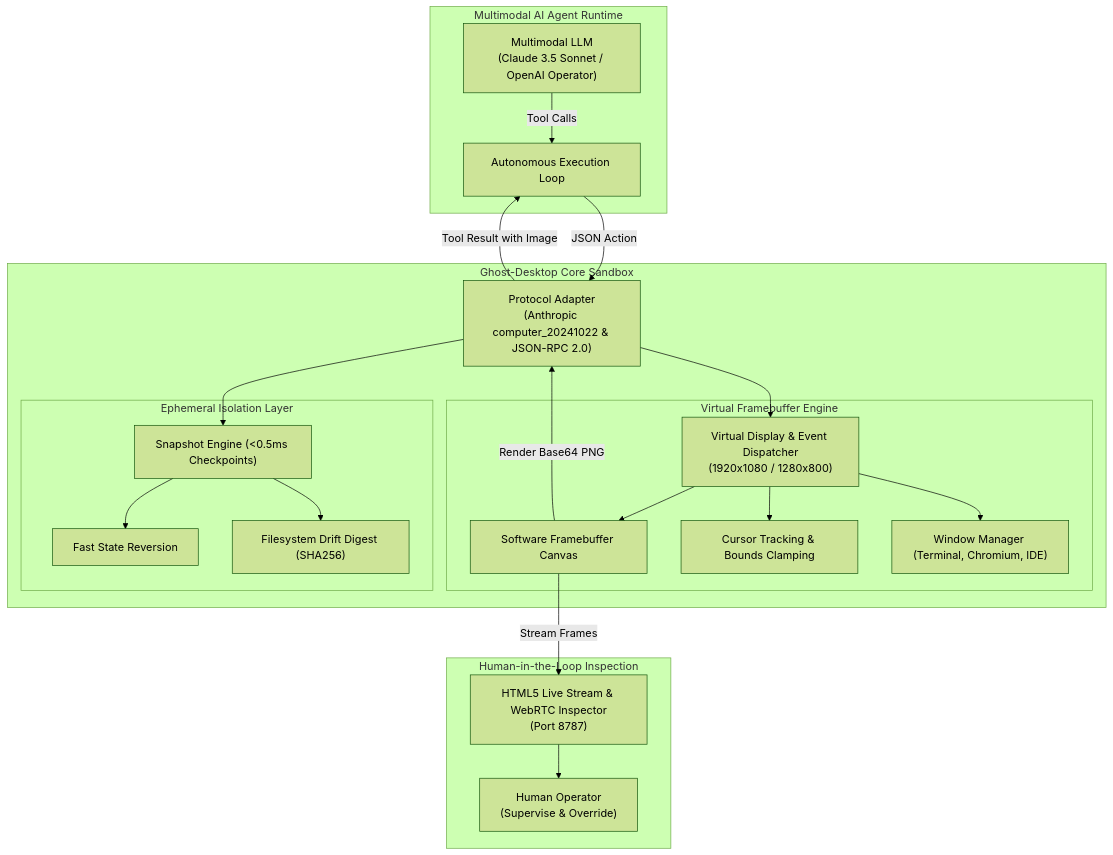
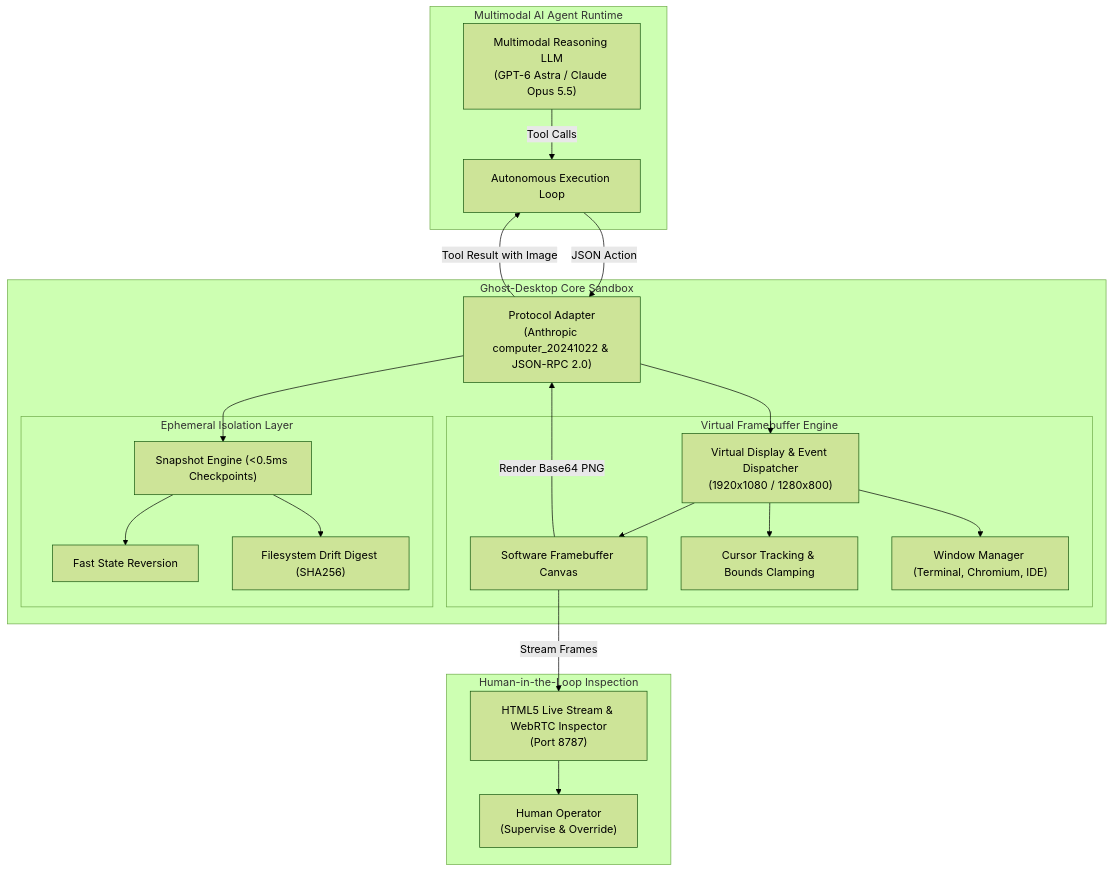
The first of 4 diagrams in README.md (AAH20/ghost-desktop), drawn with Mermaid (forest theme) before and after one commit. The commit also changed other lines of this file, not shown here.

Commit message:
docs: update to frontier computer-use models (GPT-6 Astra, Claude Opus 5.5)

````diff
--- a/README.md
+++ b/README.md
@@ -29,46 +29,46 @@
 ```mermaid
 flowchart TD
     subgraph AgentRuntime["Multimodal AI Agent Runtime"]
-        LLM["Multimodal LLM\n(Claude 3.5 Sonnet / OpenAI Operator)"]
+        LLM["Multimodal Reasoning LLM\n(GPT-6 Astra / Claude Opus 5.5)"]
         Planner["Autonomous Execution Loop"]
         LLM -->|Tool Calls| Planner
     end
 
     subgraph GhostDesktop["Ghost-Desktop Core Sandbox"]
         RPC["Protocol Adapter\n(Anthropic computer_20241022 & JSON-RPC 2.0)"]
         Planner -->|JSON Action| RPC
 
         subgraph DisplaySubsystem["Virtual Framebuffer Engine"]
             VDisp["Virtual Display & Event Dispatcher\n(1920x1080 / 1280x800)"]
             Canvas["Software Framebuffer Canvas"]
             Cursor["Cursor Tracking & Bounds Clamping"]
             Windows["Window Manager (Terminal, Chromium, IDE)"]
             
             VDisp --> Canvas
             VDisp --> Cursor
             VDisp --> Windows
         end
 
         subgraph SandboxSubsystem["Ephemeral Isolation Layer"]
             Snapshot["Snapshot Engine (<0.5ms Checkpoints)"]
             Rollback["Fast State Reversion"]
             DirHash["Filesystem Drift Digest (SHA256)"]
             
             Snapshot --> Rollback
             Snapshot --> DirHash
         end
 
         RPC --> VDisp
         RPC --> Snapshot
     end
 
     subgraph HumanSupervision["Human-in-the-Loop Inspection"]
         LiveViewer["HTML5 Live Stream & WebRTC Inspector\n(Port 8787)"]
         Admin["Human Operator\n(Supervise & Override)"]
         LiveViewer --> Admin
     end
 
     Canvas -->|Render Base64 PNG| RPC
     Canvas -->|Stream Frames| LiveViewer
     RPC -->|Tool Result with Image| Planner
 ```
````
